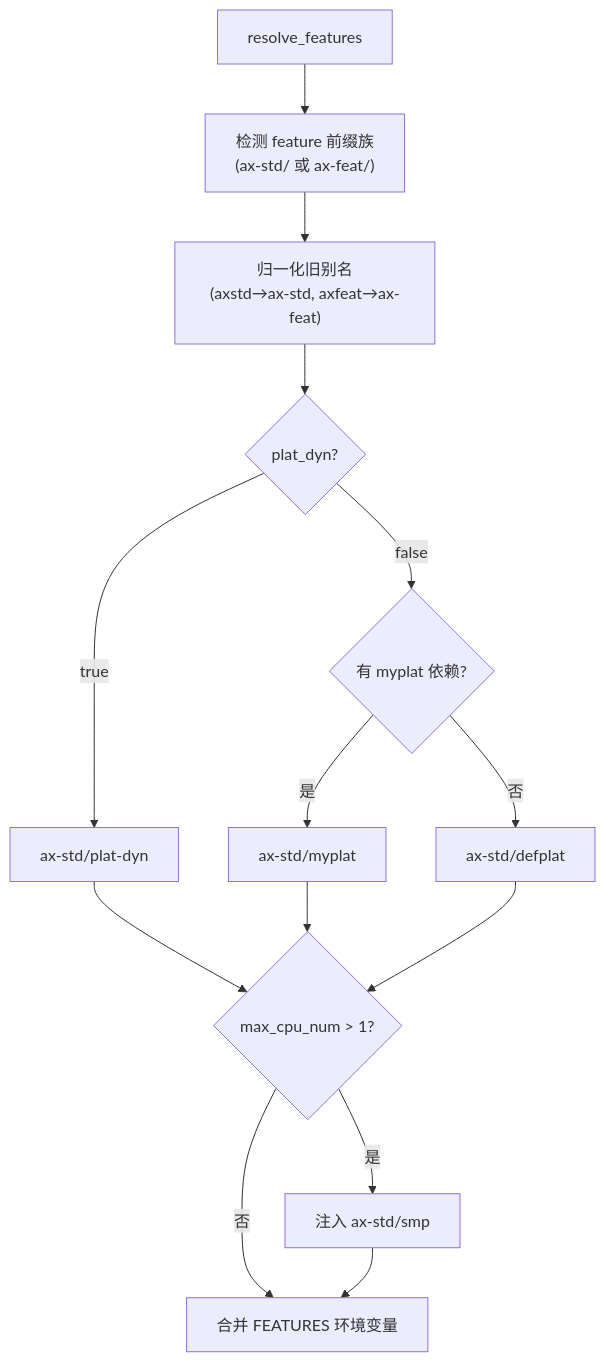
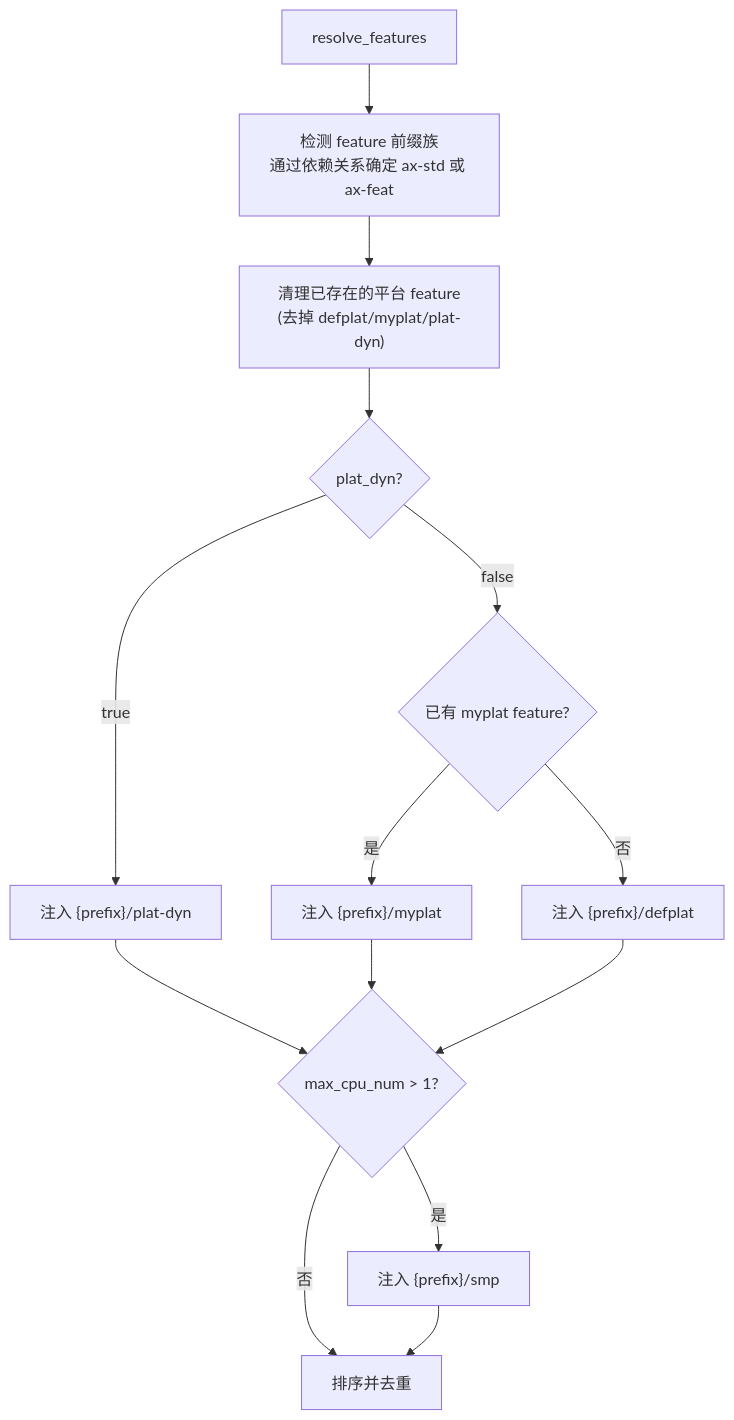
One commit to rcore-os/tgoskits changed the fourth of 5 diagrams in docs/docs/design/axbuild/build.md. Above: the diagram before and after it, drawn with Mermaid. The commit also changed other lines of this file and 4 other files, not shown here.

````diff
--- a/docs/docs/design/axbuild/build.md
+++ b/docs/docs/design/axbuild/build.md
@@ -97,16 +97,16 @@
 ```mermaid
 flowchart TD
-    A[resolve_features] --> B["检测 feature 前缀族<br/>(ax-std/ 或 ax-feat/)"]
-    B --> C["归一化旧别名<br/>(axstd→ax-std, axfeat→ax-feat)"]
+    A[resolve_features] --> B["检测 feature 前缀族<br/>通过依赖关系确定 ax-std 或 ax-feat"]
+    B --> C["清理已存在的平台 feature<br/>(去掉 defplat/myplat/plat-dyn)"]
     C --> D{plat_dyn?}
-    D -->|true| E["ax-std/plat-dyn"]
-    D -->|false| F{有 myplat 依赖?}
-    F -->|是| G["ax-std/myplat"]
-    F -->|否| H["ax-std/defplat"]
+    D -->|true| E["注入 {prefix}/plat-dyn"]
+    D -->|false| F{已有 myplat feature?}
+    F -->|是| G["注入 {prefix}/myplat"]
+    F -->|否| H["注入 {prefix}/defplat"]
     E --> I{max_cpu_num > 1?}
     G --> I
     H --> I
-    I -->|是| J["注入 ax-std/smp"]
-    I -->|否| K["合并 FEATURES 环境变量"]
+    I -->|是| J["注入 {prefix}/smp"]
+    I -->|否| K["排序并去重"]
     J --> K
 ```
````
